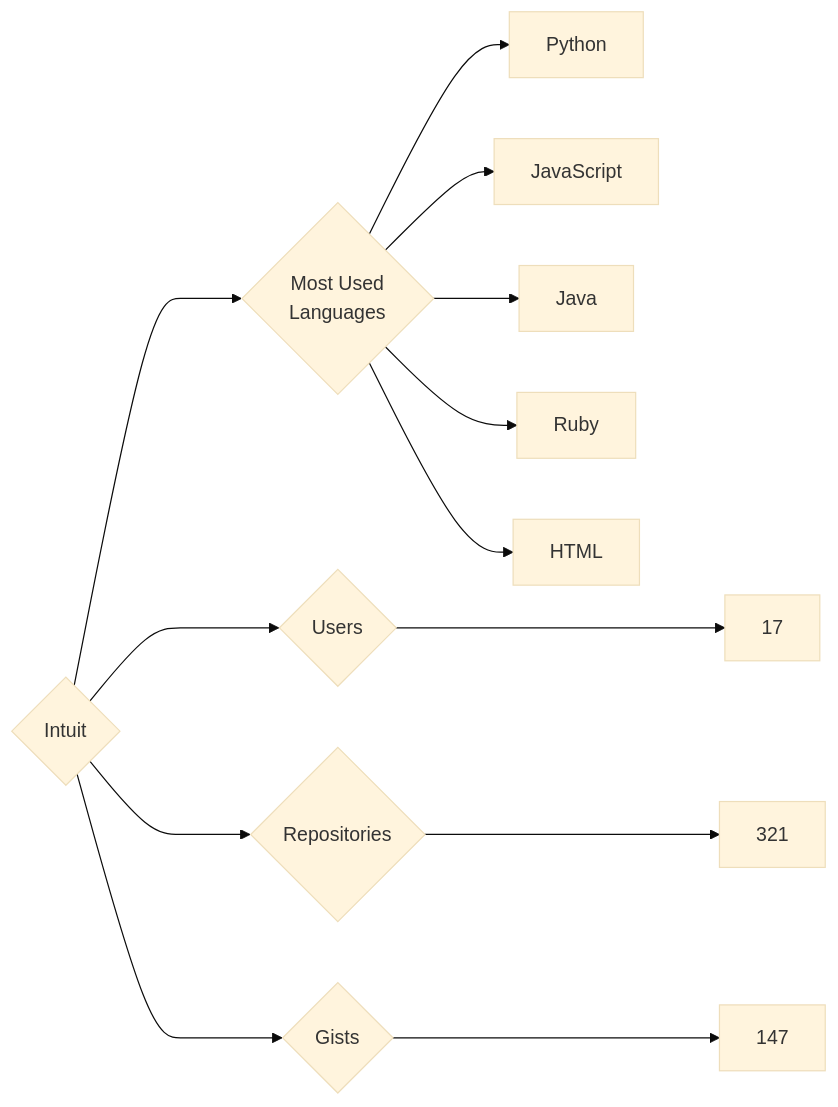
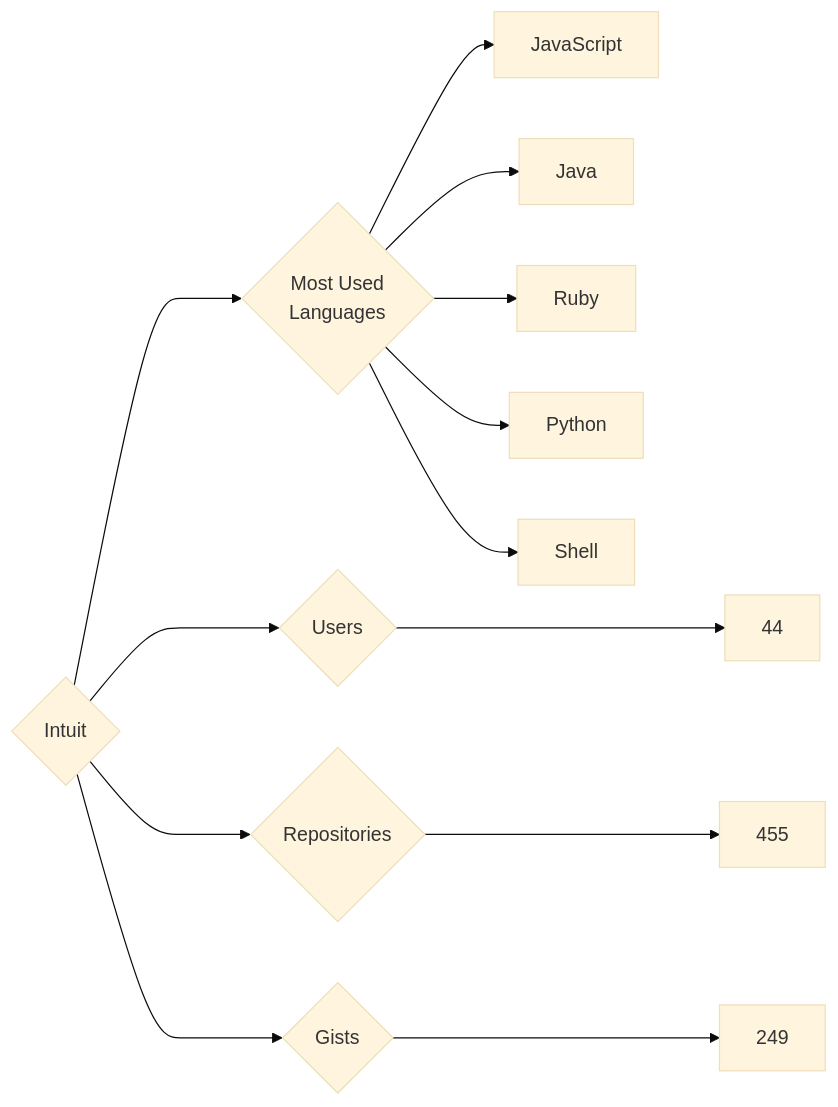
One commit to trickest/insiders changed the diagram in targets/Intuit/README.md. Above: the diagram before and after it, drawn with Mermaid (base theme). The commit also changed 924 other files, not shown here.

````diff
--- a/targets/Intuit/README.md
+++ b/targets/Intuit/README.md
@@ -3,13 +3,13 @@
 ```mermaid
 graph LR
 COMPANY_NAME{Intuit}
-COMPANY_NAME ---> U{Users} ---> UN[17]
-COMPANY_NAME ---> R{Repositories} ---> RN[321]
-COMPANY_NAME ---> G{Gists} ---> GN[147]
+COMPANY_NAME ---> U{Users} ---> UN[44]
+COMPANY_NAME ---> R{Repositories} ---> RN[455]
+COMPANY_NAME ---> G{Gists} ---> GN[249]
 COMPANY_NAME ---> ML{Most Used<br>Languages}
-ML --> Python[Python]
 ML --> JavaScript[JavaScript]
 ML --> Java[Java]
 ML --> Ruby[Ruby]
-ML --> HTML[HTML]
+ML --> Python[Python]
+ML --> Shell[Shell]
 ```
````
